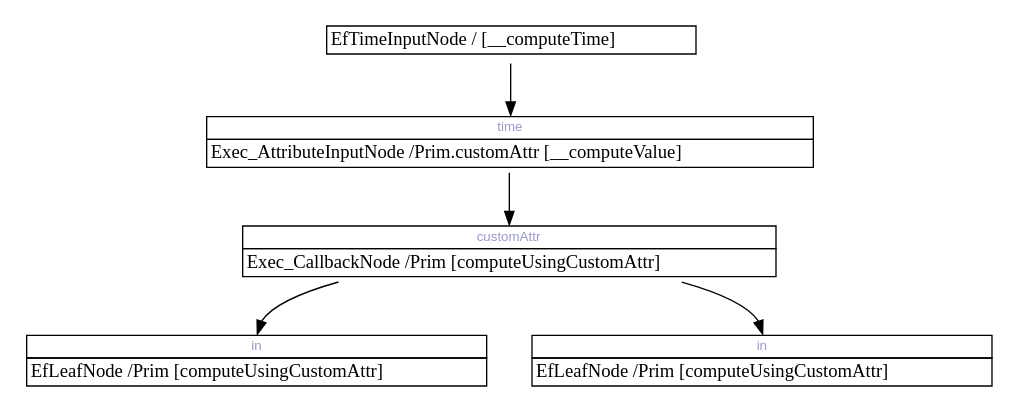
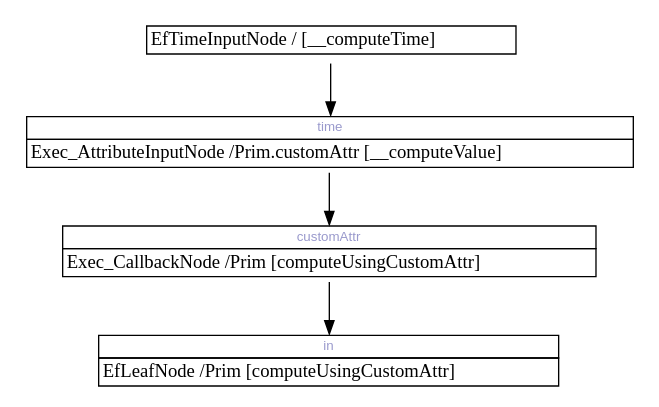
Before and after one commit to rstelzleni/USD: the diagram in pxr/exec/execUsd/testenv/testExecUsdRecompilation/baseline/TestRecompileDisconnectedAttributeInput-2.dot, drawn with Graphviz. The commit also changed 10 other files, not shown here.

First line of the commit message:
Add Exec_CompiledLeafNodeCache, and prevent compiling duplicate leaf nodes.

```diff
--- a/pxr/exec/execUsd/testenv/testExecUsdRecompilation/baseline/TestRecompileDisconnectedAttributeInput-2.dot
+++ b/pxr/exec/execUsd/testenv/testExecUsdRecompilation/baseline/TestRecompileDisconnectedAttributeInput-2.dot
@@ -1,38 +1,31 @@
 digraph network {
 	rankdir=TB;
 	page="8.5, 11";
 
 	node [shape=plaintext];
-		"0x7fa2548f77b0" [label=<
+		"0x7fdf4006a520" [label=<
 		<TABLE BORDER="0" CELLBORDER="1" CELLSPACING="0">
 			<TR><TD COLSPAN="1"> EfTimeInputNode / [__computeTime] </TD></TR>
 		</TABLE>>];
 	node [shape=plaintext];
-		"0x7fa2429d6a10" [label=<
+		"0x7fdf34a14b00" [label=<
 		<TABLE BORDER="0" CELLBORDER="1" CELLSPACING="0">
-			<TR><TD PORT="0x7fa24c741430" COLSPAN="1"><FONT POINT-SIZE="10" FACE="Arial" COLOR="#9999cc">customAttr</FONT></TD></TR>
+			<TR><TD PORT="0x7fdf34a5bf30" COLSPAN="1"><FONT POINT-SIZE="10" FACE="Arial" COLOR="#9999cc">customAttr</FONT></TD></TR>
 			<TR><TD COLSPAN="1"> Exec_CallbackNode /Prim [computeUsingCustomAttr] </TD></TR>
 		</TABLE>>];
 	node [shape=plaintext];
-		"0x7fa2548f80c0" [label=<
+		"0x7fdf34a41700" [label=<
 		<TABLE BORDER="0" CELLBORDER="1" CELLSPACING="0">
-			<TR><TD PORT="0x7fa24c741490" COLSPAN="1"><FONT POINT-SIZE="10" FACE="Arial" COLOR="#9999cc">in</FONT></TD></TR>
+			<TR><TD PORT="0x7fdf34a5bed0" COLSPAN="1"><FONT POINT-SIZE="10" FACE="Arial" COLOR="#9999cc">in</FONT></TD></TR>
 			<TR><TD COLSPAN="1"> EfLeafNode /Prim [computeUsingCustomAttr] </TD></TR>
 		</TABLE>>];
 	node [shape=plaintext];
-		"0x7fa24daa7bf0" [label=<
+		"0x7fdf40038400" [label=<
 		<TABLE BORDER="0" CELLBORDER="1" CELLSPACING="0">
-			<TR><TD PORT="0x7fa24dab0e00" COLSPAN="1"><FONT POINT-SIZE="10" FACE="Arial" COLOR="#9999cc">in</FONT></TD></TR>
-			<TR><TD COLSPAN="1"> EfLeafNode /Prim [computeUsingCustomAttr] </TD></TR>
-		</TABLE>>];
-	node [shape=plaintext];
-		"0x7fa242bc3d00" [label=<
-		<TABLE BORDER="0" CELLBORDER="1" CELLSPACING="0">
-			<TR><TD PORT="0x7fa242bce160" COLSPAN="1"><FONT POINT-SIZE="10" FACE="Arial" COLOR="#9999cc">time</FONT></TD></TR>
+			<TR><TD PORT="0x7fdf3226c060" COLSPAN="1"><FONT POINT-SIZE="10" FACE="Arial" COLOR="#9999cc">time</FONT></TD></TR>
 			<TR><TD COLSPAN="1"> Exec_AttributeInputNode /Prim.customAttr [__computeValue] </TD></TR>
 		</TABLE>>];
-		"0x7fa242bc3d00" -> "0x7fa2429d6a10":"0x7fa24c741430":n;
-		"0x7fa2429d6a10" -> "0x7fa2548f80c0":"0x7fa24c741490":n;
-		"0x7fa2429d6a10" -> "0x7fa24daa7bf0":"0x7fa24dab0e00":n;
-		"0x7fa2548f77b0" -> "0x7fa242bc3d00":"0x7fa242bce160":n;
+		"0x7fdf40038400" -> "0x7fdf34a14b00":"0x7fdf34a5bf30":n;
+		"0x7fdf34a14b00" -> "0x7fdf34a41700":"0x7fdf34a5bed0":n;
+		"0x7fdf4006a520" -> "0x7fdf40038400":"0x7fdf3226c060":n;
 }
```
